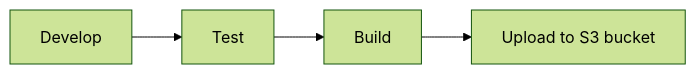
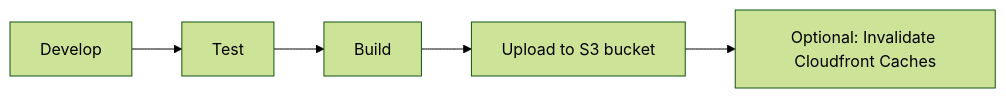
The first of 2 diagrams in README.md (boromir674/konstantinoslampridis.io), drawn with Mermaid (forest theme) before and after one commit. The commit also changed other lines of this file, not shown here.

````diff
--- a/README.md
+++ b/README.md
@@ -109,6 +112,7 @@
 ```mermaid
 graph LR;
   A[Develop] --> B[Test]
   B --> C[Build]
   C --> D[Upload to S3 bucket]
+  D --> E[Optional: Invalidate Cloudfront Caches]
 ```
````
